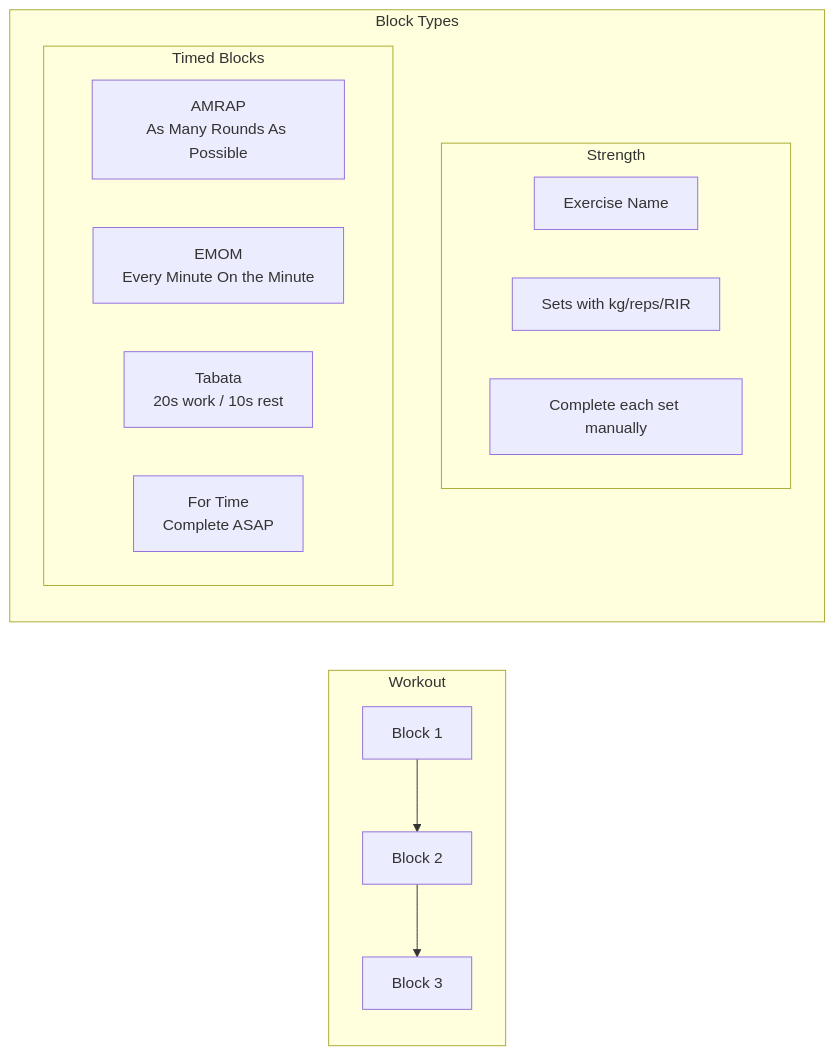
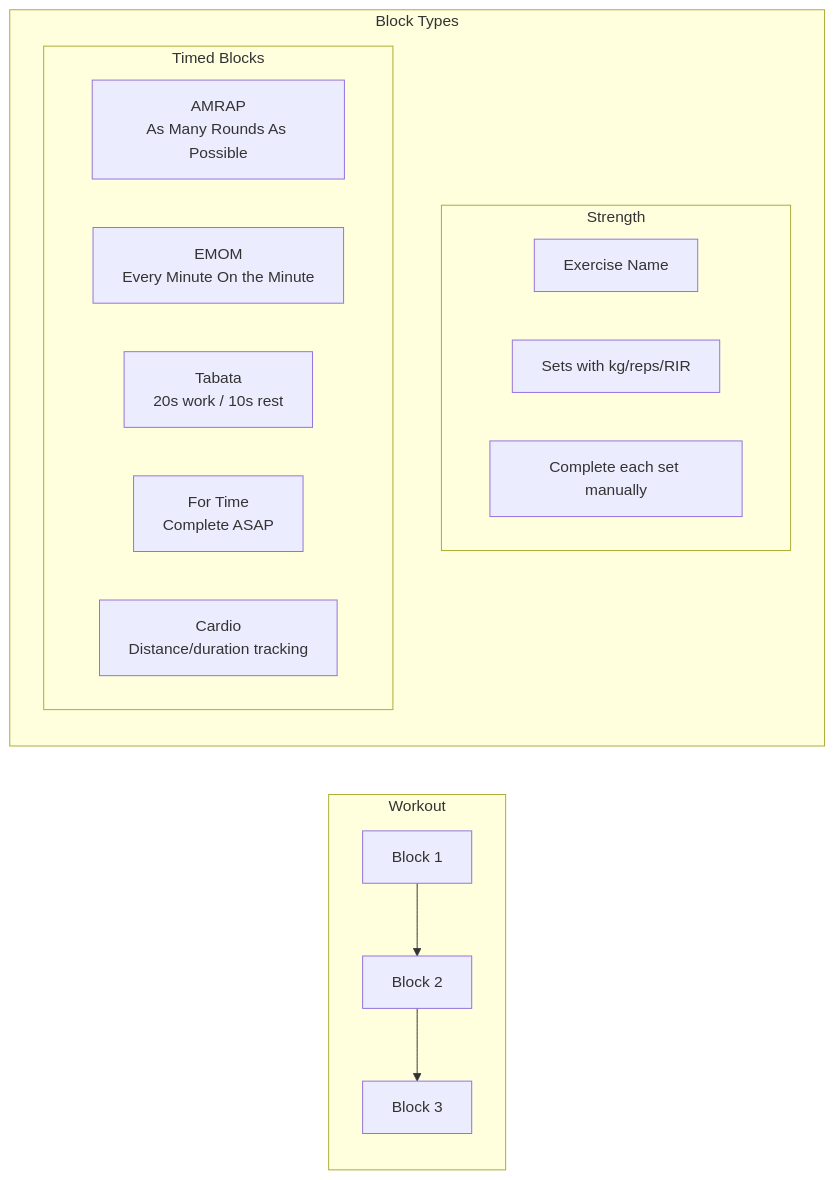
The second of 7 diagrams in brain/reference/PRODUCT_FEATURES.md (alexanderop/workoutTracker), drawn with Mermaid before and after one commit. The commit also changed other lines of this file and 30 other files, not shown here.

````diff
--- a/brain/reference/PRODUCT_FEATURES.md
+++ b/brain/reference/PRODUCT_FEATURES.md
@@ -238,27 +277,28 @@
 ```mermaid
 flowchart LR
     subgraph Workout
         direction TB
         Block1[Block 1]
         Block2[Block 2]
         Block3[Block 3]
         Block1 --> Block2 --> Block3
     end
 
     subgraph "Block Types"
         direction TB
 
         subgraph Strength
             S1[Exercise Name]
             S2[Sets with kg/reps/RIR]
             S3[Complete each set manually]
         end
 
         subgraph "Timed Blocks"
             AMRAP[AMRAP<br/>As Many Rounds As Possible]
             EMOM[EMOM<br/>Every Minute On the Minute]
             Tabata[Tabata<br/>20s work / 10s rest]
             ForTime[For Time<br/>Complete ASAP]
+            Cardio[Cardio<br/>Distance/duration tracking]
         end
     end
 ```
````
